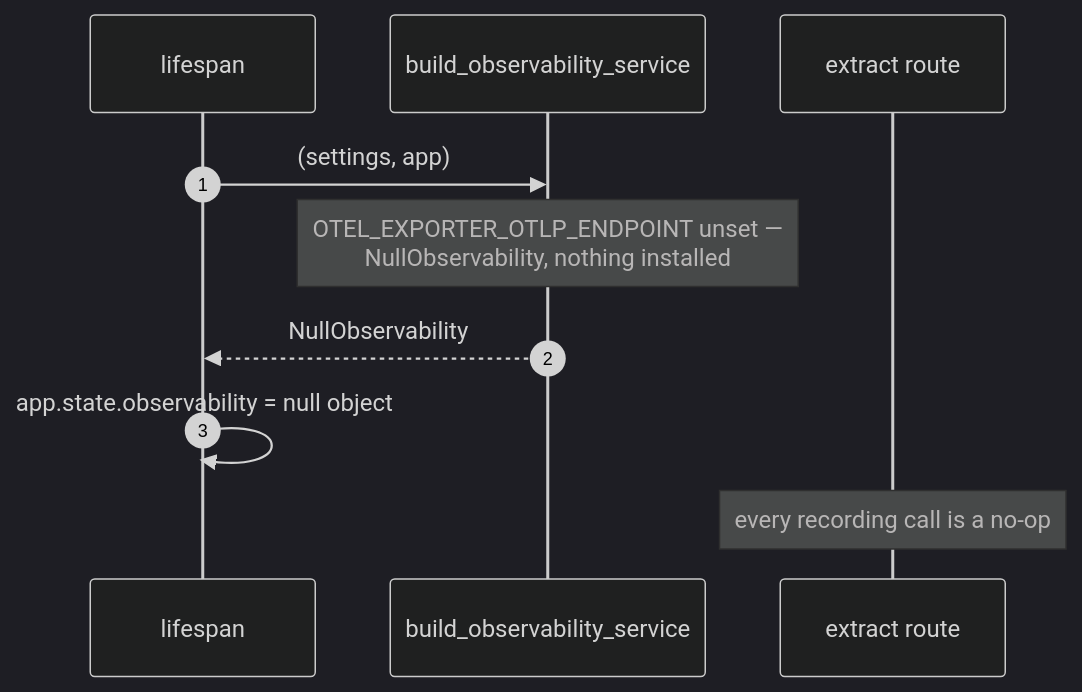
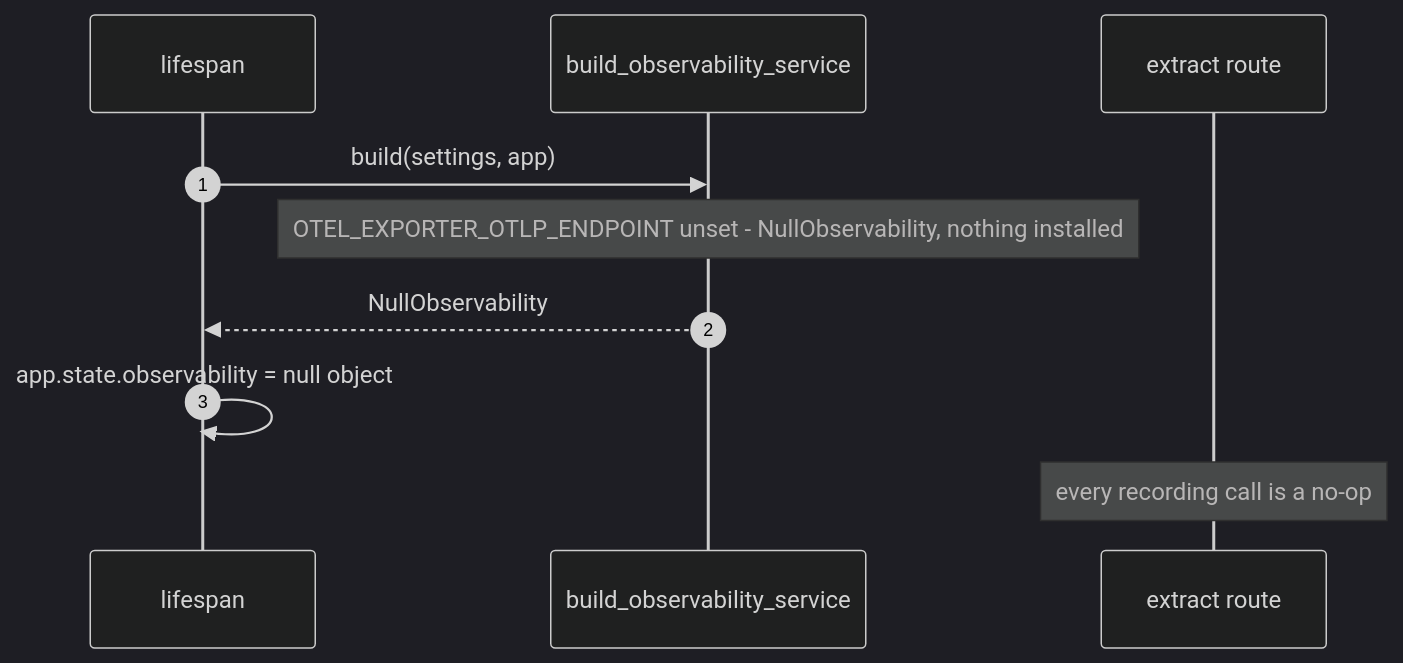
Before and after one commit to kunalPisolkar24/detectAI: the sixth of 8 diagrams in services/document-parser/specification/references/observability.md, drawn with Mermaid (dark theme). The commit also changed other lines of this file, not shown here.

Commit message:
Make the observability LLD sequence diagrams render across mermaid versions

````diff
--- a/services/document-parser/specification/references/observability.md
+++ b/services/document-parser/specification/references/observability.md
@@ -243,13 +243,13 @@
 ```mermaid
 sequenceDiagram
     autonumber
     participant L as lifespan
     participant B as build_observability_service
     participant R as extract route
 
-    L->>B: (settings, app)
-    Note over B: OTEL_EXPORTER_OTLP_ENDPOINT unset —<br/>NullObservability, nothing installed
+    L->>B: build(settings, app)
+    Note over B: OTEL_EXPORTER_OTLP_ENDPOINT unset - NullObservability, nothing installed
     B-->>L: NullObservability
     L->>L: app.state.observability = null object
     Note over R: every recording call is a no-op
 ```
````
